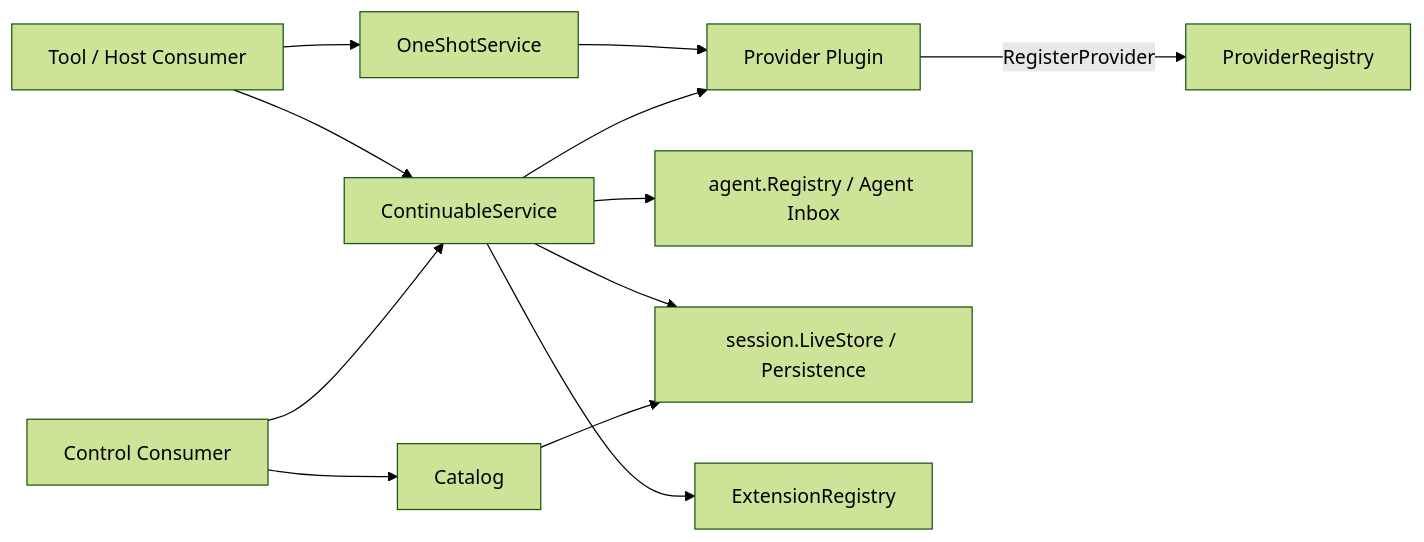
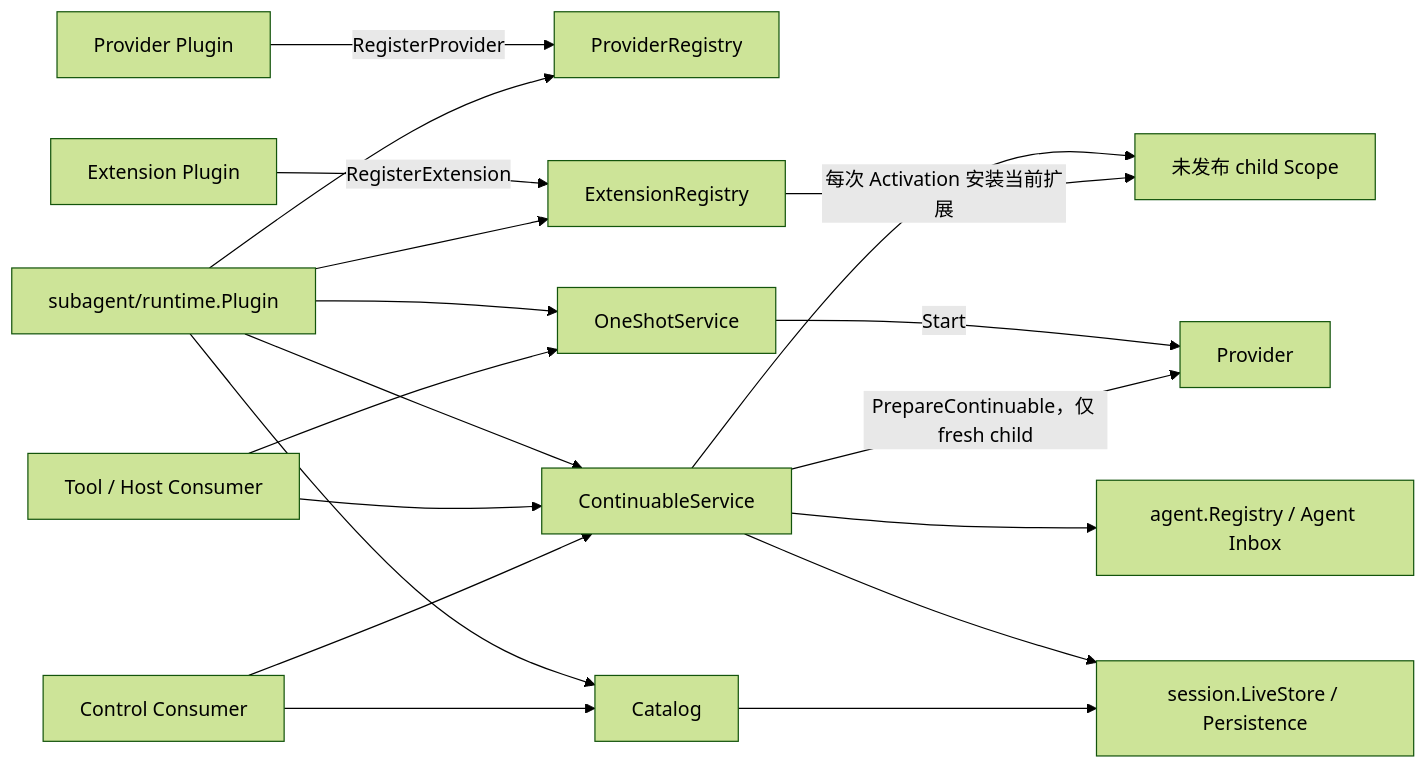
One commit to gorenx/goren changed the diagram in subagent/README.zh-CN.md. Above: the diagram before and after it, drawn with Mermaid (forest theme). The commit also changed other lines of this file, not shown here.

Commit message:
docs(subagent): clarify runtime roles and draft boundary

````diff
--- a/subagent/README.zh-CN.md
+++ b/subagent/README.zh-CN.md
@@ -34,14 +47,21 @@
 ```mermaid
 flowchart LR
-    Provider[Provider Plugin] -->|RegisterProvider| Registry[ProviderRegistry]
+    ProviderPlugin[Provider Plugin] -->|RegisterProvider| Registry[ProviderRegistry]
+    ExtensionPlugin[Extension Plugin] -->|RegisterExtension| Extension[ExtensionRegistry]
+    Runtime[subagent/runtime.Plugin] --> Registry
+    Runtime --> OneShot[OneShotService]
+    Runtime --> Continue[ContinuableService]
+    Runtime --> Extension
+    Runtime --> Catalog
     Tool[Tool / Host Consumer] --> OneShot[OneShotService]
     Tool --> Continue[ContinuableService]
     Control[Control Consumer] --> Continue
     Control --> Catalog
-    OneShot --> Provider
-    Continue --> Provider
+    OneShot -->|Start| Provider[Provider]
+    Continue -->|PrepareContinuable，仅 fresh child| Provider
     Continue --> Agent[agent.Registry / Agent Inbox]
     Continue --> Session[session.LiveStore / Persistence]
-    Continue --> Extension[ExtensionRegistry]
+    Continue --> ChildScope[未发布 child Scope]
+    Extension -->|每次 Activation 安装当前扩展| ChildScope
     Catalog --> Session
 ```
````
